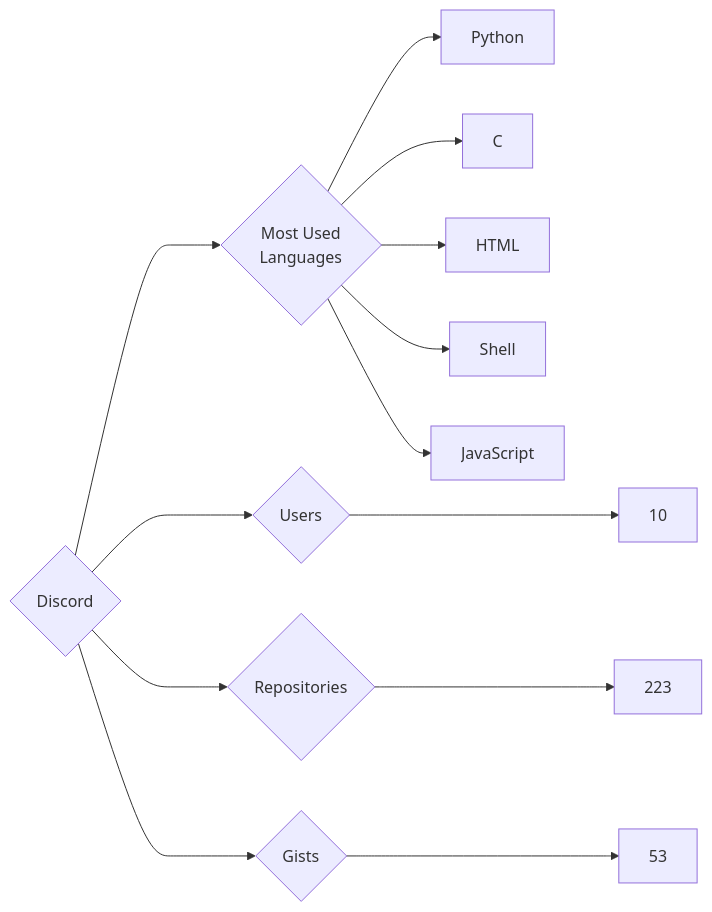
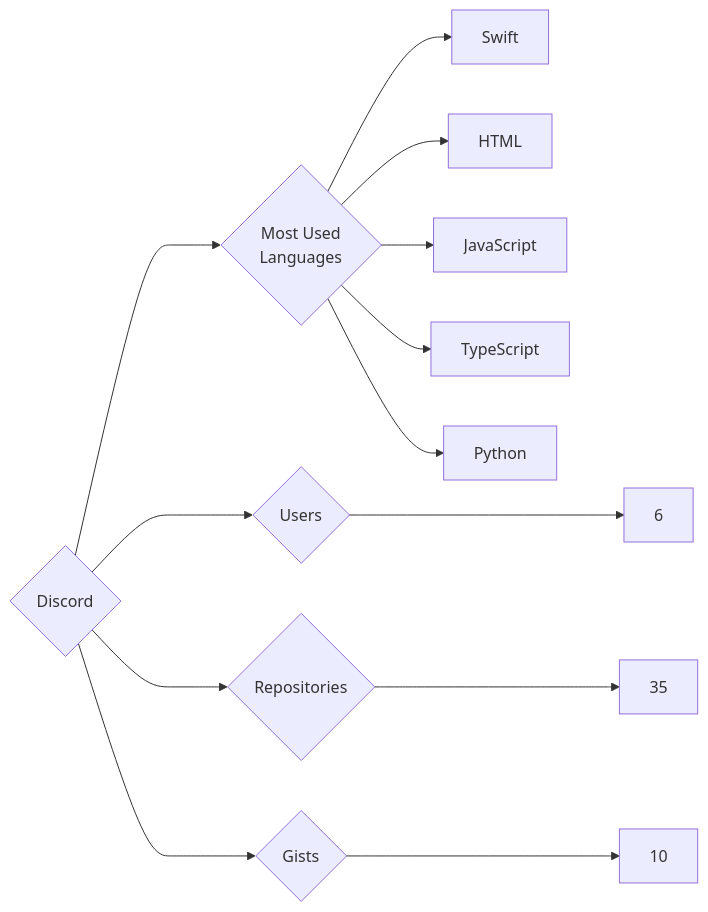
Before and after one commit to trickest/insiders: the diagram in targets/Discord/README.md, drawn with Mermaid. The commit also changed 1055 other files, not shown here.

````diff
--- a/targets/Discord/README.md
+++ b/targets/Discord/README.md
@@ -3,13 +3,13 @@
 ```mermaid
 graph LR
 COMPANY_NAME{Discord}
-COMPANY_NAME ---> U{Users} ---> UN[10]
-COMPANY_NAME ---> R{Repositories} ---> RN[223]
-COMPANY_NAME ---> G{Gists} ---> GN[53]
+COMPANY_NAME ---> U{Users} ---> UN[6]
+COMPANY_NAME ---> R{Repositories} ---> RN[35]
+COMPANY_NAME ---> G{Gists} ---> GN[10]
 COMPANY_NAME ---> ML{Most Used<br>Languages}
+ML --> Swift[Swift]
+ML --> HTML[HTML]
+ML --> JavaScript[JavaScript]
+ML --> TypeScript[TypeScript]
 ML --> Python[Python]
-ML --> C[C]
-ML --> HTML[HTML]
-ML --> Shell[Shell]
-ML --> JavaScript[JavaScript]
 ```
````
